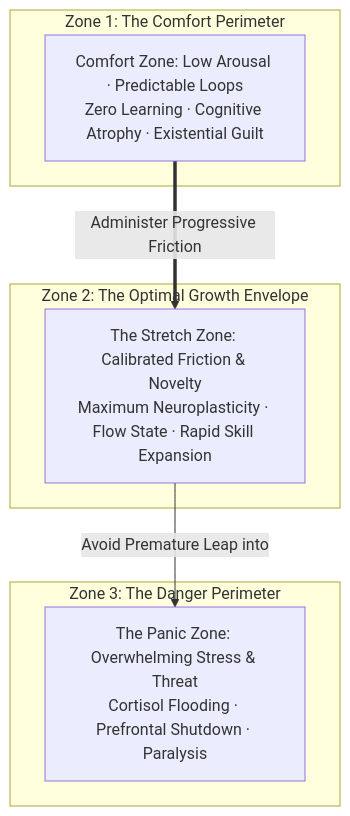
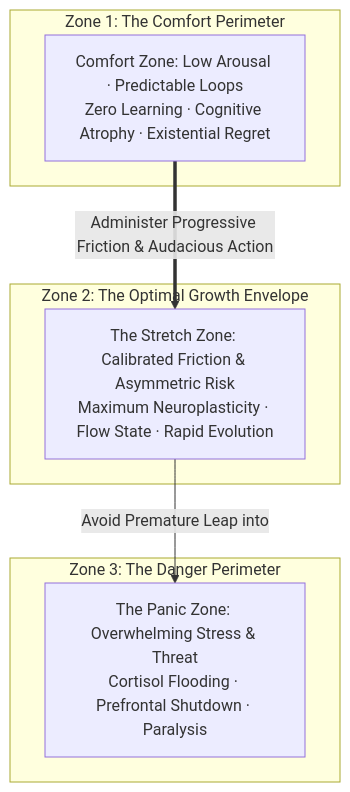
One commit to vs00918/aravalli changed the first of 5 diagrams in knowledge-tree/nodes/chapter-14-the-pathology-of-comfort-and-progressive-friction.md. Above: the diagram before and after it, drawn with Mermaid. The commit also changed other lines of this file and 544 other files, not shown here.

Commit message:
feat(codex): Living Codex personal knowledge library, Phase A/B/C/D reader architecture, and autonomous zero-API ingestion engine

````diff
--- a/knowledge-tree/nodes/chapter-14-the-pathology-of-comfort-and-progressive-friction.md
+++ b/knowledge-tree/nodes/chapter-14-the-pathology-of-comfort-and-progressive-friction.md
@@ -19,17 +19,17 @@
 ```mermaid
 graph TD
     subgraph Zone 1: The Comfort Perimeter
-        Z1[Comfort Zone: Low Arousal · Predictable Loops<br>Zero Learning · Cognitive Atrophy · Existential Guilt]
+        Z1[Comfort Zone: Low Arousal · Predictable Loops<br>Zero Learning · Cognitive Atrophy · Existential Regret]
     end
 
     subgraph Zone 2: The Optimal Growth Envelope
-        Z2[The Stretch Zone: Calibrated Friction & Novelty<br>Maximum Neuroplasticity · Flow State · Rapid Skill Expansion]
+        Z2[The Stretch Zone: Calibrated Friction & Asymmetric Risk<br>Maximum Neuroplasticity · Flow State · Rapid Evolution]
     end
 
     subgraph Zone 3: The Danger Perimeter
         Z3[The Panic Zone: Overwhelming Stress & Threat<br>Cortisol Flooding · Prefrontal Shutdown · Paralysis]
     end
 
-    Z1 ==>|Administer Progressive Friction| Z2
+    Z1 ==>|Administer Progressive Friction & Audacious Action| Z2
     Z2 -->|Avoid Premature Leap into| Z3
 ```
````
